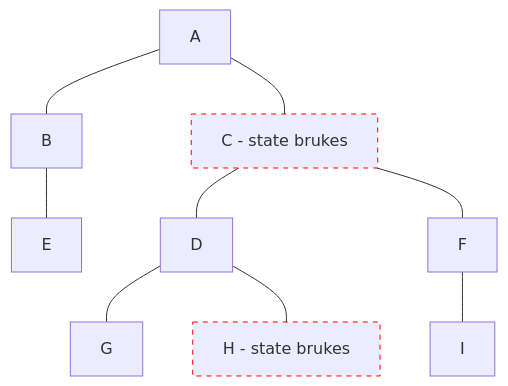
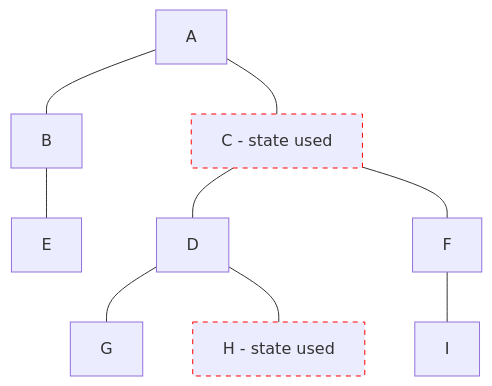
Before and after one commit to gautemo/talks: the diagram in slides/Reactivity in frontend frameworks and whats the deal with signals/pages/preact.md, drawn with Mermaid. The commit also changed other lines of this file and 9 other files, not shown here.

````diff
--- a/slides/Reactivity in frontend frameworks and whats the deal with signals/pages/preact.md
+++ b/slides/Reactivity in frontend frameworks and whats the deal with signals/pages/preact.md
@@ -160,13 +160,13 @@
 ```mermaid
 graph TD;
     A---B;
-    A---C[C - state brukes];
+    A---C[C - state used];
     B---E;
     C---D;
     C---F;
     D---G;
-    D---H[H - state brukes];
+    D---H[H - state used];
     F---I;
     style C stroke:#ff0000,stroke-dasharray: 5 5
     style H stroke:#ff0000,stroke-dasharray: 5 5
 ```
````
